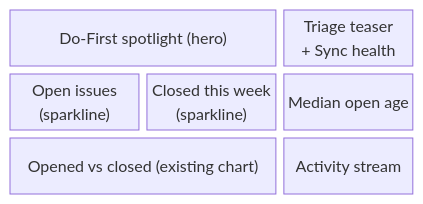
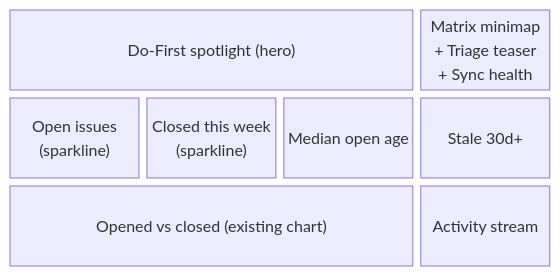
The diagram in docs/superpowers/specs/2026-07-23-overview-overhaul-design.md (patelmj/IssueLens), drawn with Mermaid before and after one commit. The commit also changed other lines of this file, not shown here.

Commit message:
docs: add matrix minimap and stale-work tile to overview spec (#50)

````diff
--- a/docs/superpowers/specs/2026-07-23-overview-overhaul-design.md
+++ b/docs/superpowers/specs/2026-07-23-overview-overhaul-design.md
@@ -27,7 +29,7 @@
 ```mermaid
 block-beta
-  columns 3
-  spotlight["Do-First spotlight (hero)"]:2 side["Triage teaser\n+ Sync health"]:1
-  s1["Open issues\n(sparkline)"] s2["Closed this week\n(sparkline)"] s3["Median open age"]
-  chart["Opened vs closed (existing chart)"]:2 stream["Activity stream"]:1
+  columns 4
+  spotlight["Do-First spotlight (hero)"]:3 side["Matrix minimap\n+ Triage teaser\n+ Sync health"]:1
+  s1["Open issues\n(sparkline)"] s2["Closed this week\n(sparkline)"] s3["Median open age"] s4["Stale 30d+"]
+  chart["Opened vs closed (existing chart)"]:3 stream["Activity stream"]:1
 ```
````
